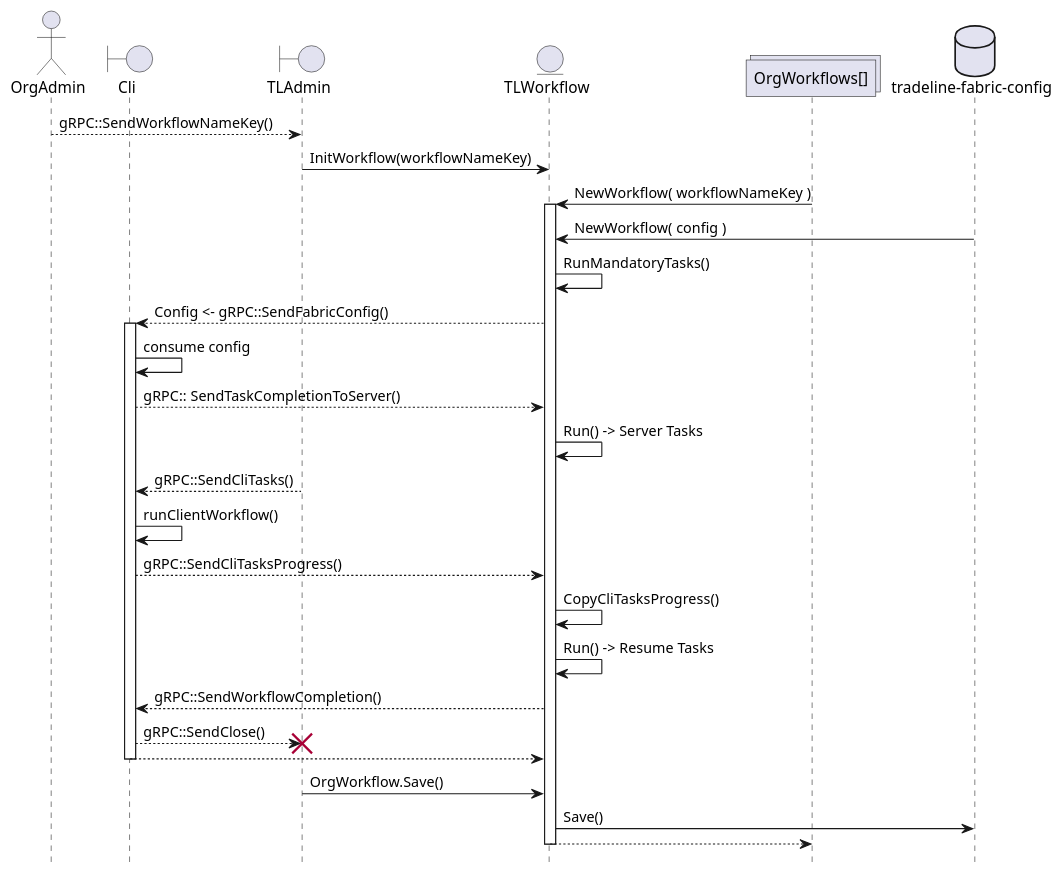
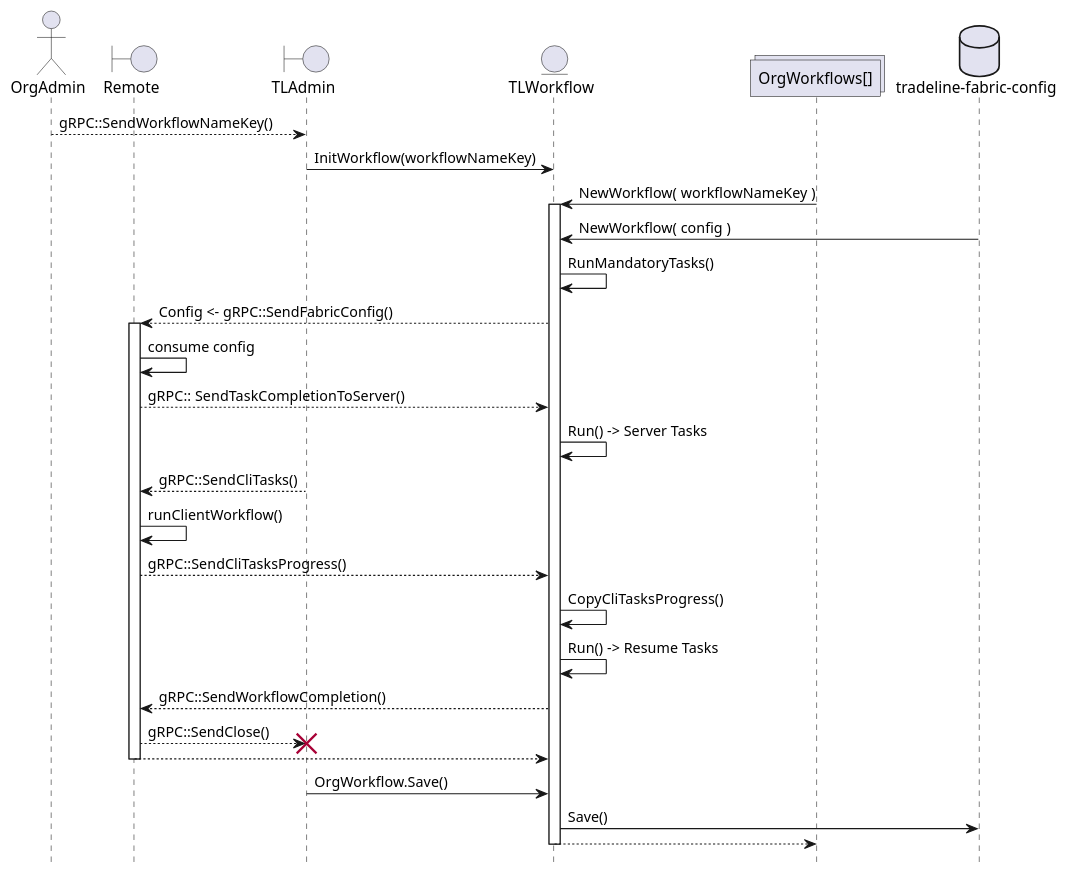
One commit to blewater/boxed changed the diagram in docs/workflowapi.puml. Above: the diagram before and after it, drawn with PlantUML. The commit also changed 8 other files, not shown here.

Commit message:
Cli to Remote, Puml edits

```diff
--- a/docs/workflowapi.puml
+++ b/docs/workflowapi.puml
@@ -1,36 +1,36 @@
 @startuml
 hide footbox
 
 actor OrgAdmin
-boundary "Cli"
+boundary "Remote"
 boundary TLAdmin
 entity TLWorkflow
 collections "OrgWorkflows[]"
 database "tradeline-fabric-config"
 
 OrgAdmin  --> TLAdmin : gRPC::SendWorkflowNameKey()
 TLAdmin -> TLWorkflow : InitWorkflow(workflowNameKey)
 TLWorkflow <- "OrgWorkflows[]" : NewWorkflow( workflowNameKey )
     Activate TLWorkflow
     TLWorkflow <- "tradeline-fabric-config": NewWorkflow( config )
     TLWorkflow ->  TLWorkflow : RunMandatoryTasks()
-    TLWorkflow  --> Cli : Config <- gRPC::SendFabricConfig()
+    TLWorkflow  --> Remote : Config <- gRPC::SendFabricConfig()
 
-        Activate Cli
-        Cli -> Cli : consume config
-        Cli --> TLWorkflow : gRPC:: SendTaskCompletionToServer()
+        Activate Remote
+        Remote -> Remote : consume config
+        Remote --> TLWorkflow : gRPC:: SendTaskCompletionToServer()
         TLWorkflow -> TLWorkflow : Run() -> Server Tasks
-        TLAdmin --> "Cli" : gRPC::SendCliTasks()
-        Cli -> Cli : runClientWorkflow()
-        Cli --> TLWorkflow : gRPC::SendCliTasksProgress()
+        TLAdmin --> "Remote" : gRPC::SendCliTasks()
+        Remote -> Remote : runClientWorkflow()
+        Remote --> TLWorkflow : gRPC::SendCliTasksProgress()
         TLWorkflow -> TLWorkflow : CopyCliTasksProgress()
         TLWorkflow -> TLWorkflow : Run() -> Resume Tasks
-        TLWorkflow --> Cli : gRPC::SendWorkflowCompletion()
-        Cli --> TLAdmin !! : gRPC::SendClose()
+        TLWorkflow --> Remote : gRPC::SendWorkflowCompletion()
+        Remote --> TLAdmin !! : gRPC::SendClose()
         return
 
     TLAdmin -> TLWorkflow : OrgWorkflow.Save()
     TLWorkflow -> "tradeline-fabric-config" : Save()
 
     return
 @enduml
```
